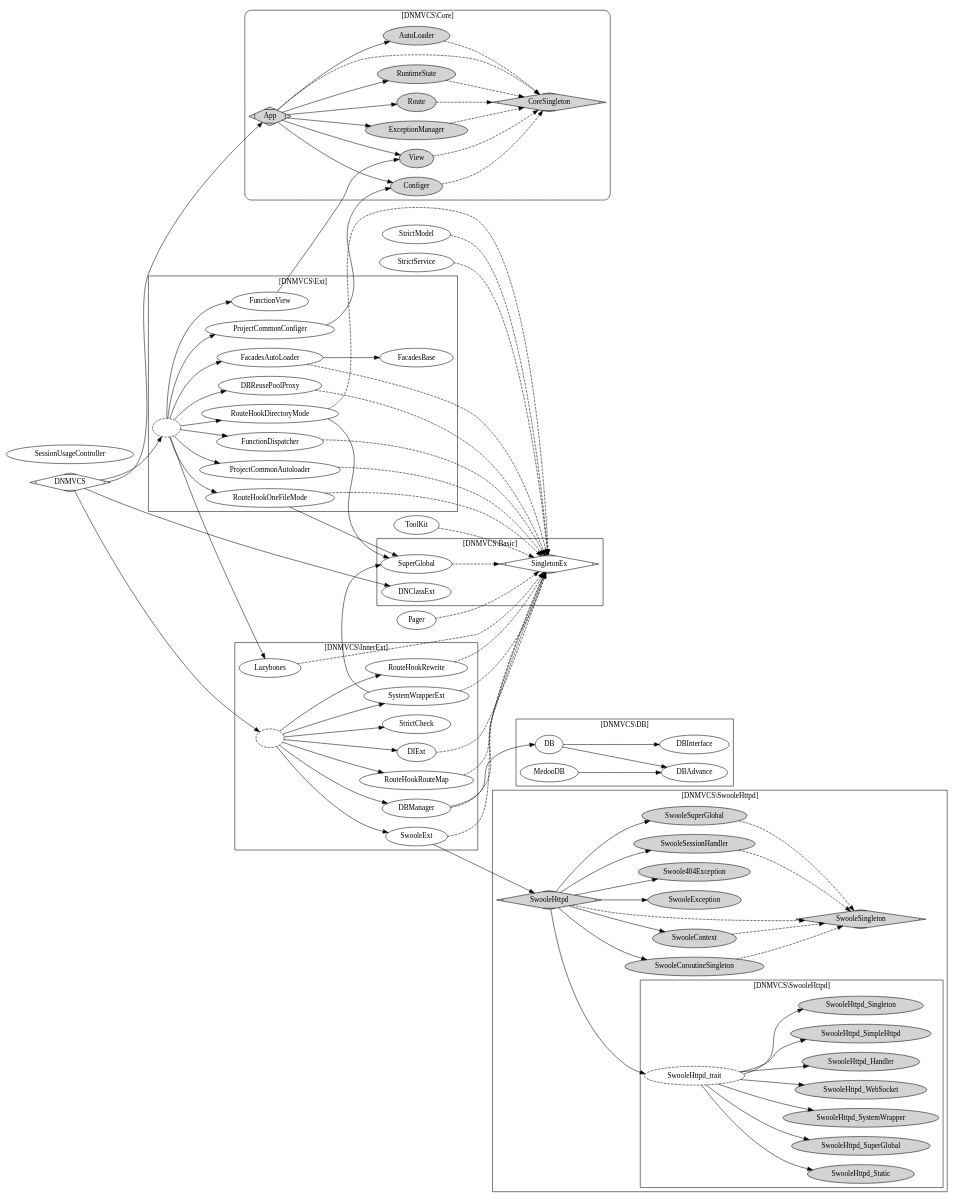
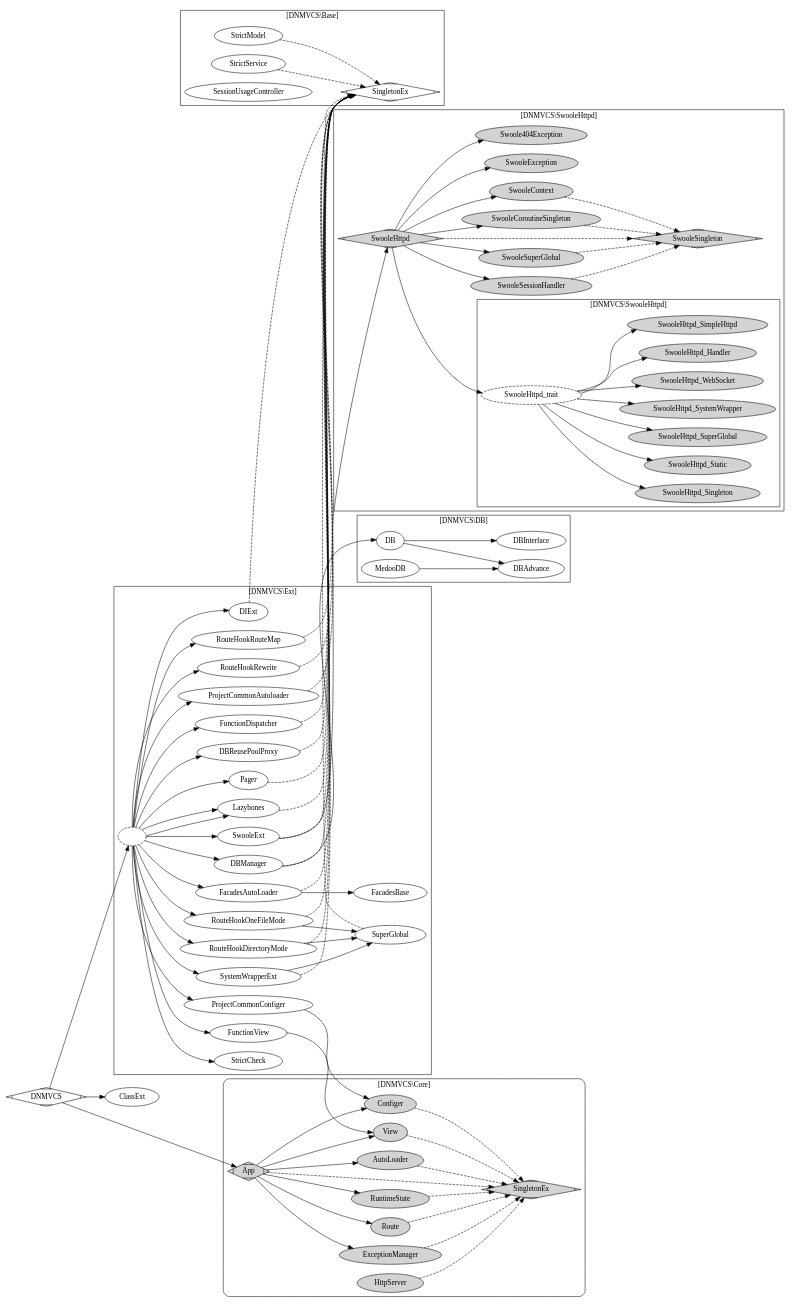
One commit to dvaknheo/duckphp changed the diagram in doc/dnmvcs.gv. Above: the diagram before and after it, drawn with Graphviz. The commit also changed 3 other files, not shown here.

```diff
--- a/doc/dnmvcs.gv
+++ b/doc/dnmvcs.gv
@@ -1,173 +1,175 @@
 digraph G{
 /* This is a graphviz file */
 graph [rankdir = "LR"];
-subgraph cluster_Basic {
-    label = "[DNMVCS\\Basic]";
-    SingletonEx [shape=Mdiamond];
-    SuperGlobal;
-    DNClassExt;
-    SuperGlobal -> SingletonEx[style="dashed"]; 
+
+
+
+SingletonEx;
+
+subgraph cluster_Base {
+    label = "[DNMVCS\\Base]";
+StrictModel -> SingletonEx [style="dashed"]; 
+StrictService -> SingletonEx [style="dashed"]; 
+SessionUsageController;
 }
 subgraph cluster_SwooleHttpd {
     node [style=filled];
     label = "[DNMVCS\\SwooleHttpd]";
 
 subgraph cluster_SwooleHttpd_trait {
 
 SwooleHttpd_trait [style="dashed"];
 SwooleHttpd_trait -> SwooleHttpd_SimpleHttpd;
 SwooleHttpd_trait -> SwooleHttpd_Singleton;
 SwooleHttpd_trait -> SwooleHttpd_Static;
 SwooleHttpd_trait -> SwooleHttpd_SuperGlobal;
 SwooleHttpd_trait -> SwooleHttpd_SystemWrapper;
 SwooleHttpd_trait -> SwooleHttpd_WebSocket;
 SwooleHttpd_trait -> SwooleHttpd_Handler;
 
 }
 SwooleHttpd -> SwooleHttpd_trait;
 
 SwooleHttpd -> SwooleCoroutineSingleton;
 SwooleHttpd -> SwooleContext;
 SwooleHttpd -> SwooleException;
 SwooleHttpd -> Swoole404Exception;
 
 SwooleHttpd -> SwooleSessionHandler;
 SwooleHttpd -> SwooleSuperGlobal;
 
 
 SwooleHttpd -> SwooleSingleton [style="dashed"];
 SwooleCoroutineSingleton -> SwooleSingleton [style="dashed"];
 SwooleContext -> SwooleSingleton [style="dashed"];
 SwooleSuperGlobal -> SwooleSingleton [style="dashed"];
 SwooleSessionHandler -> SwooleSingleton [style="dashed"];
 
 SwooleHttpd [label="SwooleHttpd";shape=Mdiamond];
 SwooleSingleton [label="SwooleSingleton";shape=Mdiamond];
 
 SwooleCoroutineSingleton [label="SwooleCoroutineSingleton"];
 SwooleException [label="SwooleException"];
 Swoole404Exception [label="Swoole404Exception"];
 SwooleContext [label="SwooleContext"];
 SwooleSuperGlobal [label="SwooleSuperGlobal"];
 SwooleSessionHandler [label="SwooleSessionHandler"];
 
 }
 subgraph cluster_Core {
     style = "rounded";
     label = "[DNMVCS\\Core]";
     node [style=filled];
     
     Core_App -> Core_AutoLoader ;
     Core_App -> Core_ExceptionManager;
     Core_App -> Core_View;
     Core_App -> Core_Configer;
     Core_App -> Core_Route;
     Core_App -> Core_RuntimeState;
     
-    Core_App -> Core_CoreSingleton [style="dashed"];
-    Core_AutoLoader -> Core_CoreSingleton [style="dashed"];
-    Core_ExceptionManager -> Core_CoreSingleton [style="dashed"];
-    Core_View -> Core_CoreSingleton [style="dashed"];
-    Core_Configer -> Core_CoreSingleton [style="dashed"];
-    Core_Route -> Core_CoreSingleton [style="dashed"];
-    Core_RuntimeState -> Core_CoreSingleton [style="dashed"];
+    Core_App -> Core_SingletonEx [style="dashed"];
+    Core_AutoLoader -> Core_SingletonEx [style="dashed"];
+    Core_ExceptionManager -> Core_SingletonEx [style="dashed"];
+    Core_View -> Core_SingletonEx [style="dashed"];
+    Core_Configer -> Core_SingletonEx [style="dashed"];
+    Core_Route -> Core_SingletonEx [style="dashed"];
+    Core_RuntimeState -> Core_SingletonEx [style="dashed"];
     
+    Core_HttpServer -> Core_SingletonEx [style="dashed"];
+
     Core_App [label="App";shape=Mdiamond];
-    Core_CoreSingleton [label="CoreSingleton";shape=Mdiamond];
+    Core_SingletonEx [label="SingletonEx";shape=Mdiamond];
     Core_AutoLoader [label="AutoLoader"];
     Core_ExceptionManager [label="ExceptionManager"];
     Core_View [label="View"];
     Core_Configer [label="Configer"];
     Core_Route [label="Route"];
     Core_RuntimeState [label="RuntimeState"];
+    Core_HttpServer [label="HttpServer"];
 }
 
 
 subgraph cluster_DB {
     label = "[DNMVCS\\DB]";
 
 DB_DB -> DB_DBAdvance;
 DB_DB -> DB_DBInterface;
 DB_MedooDB -> DB_DBAdvance;
 
 DB_DB [label="DB"];
 DB_DBAdvance [label="DBAdvance"];
 DB_DBInterface [label="DBInterface"];
 DB_MedooDB [label="MedooDB"];
 
 
 }
-subgraph cluster_InnerExt {
-    label = "[DNMVCS\\InnerExt]";
+subgraph cluster_Ext {
+label = "[DNMVCS\\Ext]";
 
-    InnerExt -> SwooleExt;
-    InnerExt -> RouteHookRewrite;
-    InnerExt -> RouteHookRouteMap;
-    InnerExt -> DIExt;
-    InnerExt -> StrictCheck;
+    Ext -> SwooleExt;
+    Ext -> RouteHookRewrite;
+    Ext -> RouteHookRouteMap;
+    Ext -> DIExt;
+    Ext -> StrictCheck;
     
-    InnerExt -> SystemWrapperExt -> SuperGlobal;
-    InnerExt -> DBManager -> DB_DB;
+    Ext -> SystemWrapperExt -> SuperGlobal;
+    Ext -> DBManager -> DB_DB;
     
-    
+    Ext -> Lazybones;
+    Ext -> Pager;
+
 
     SwooleExt-> SwooleHttpd;
     
     SwooleExt -> SingletonEx[style="dashed"]; 
     RouteHookRewrite -> SingletonEx[style="dashed"]; 
     RouteHookRouteMap -> SingletonEx [style="dashed"]; 
     SystemWrapperExt -> SingletonEx [style="dashed"]; 
     DBManager -> SingletonEx [style="dashed"]; 
     
     DIExt -> SingletonEx [style="dashed"]; 
     Lazybones -> SingletonEx [style="dashed"]; 
     
  
-    InnerExt [label="";style="dashed"];
 
-}
-subgraph cluster_Ext {
-label = "[DNMVCS\\Ext]";
 
-Ext -> Lazybones;
-Ext -> DBReusePoolProxy; 
-Ext -> FunctionDispatcher;
-Ext -> ProjectCommonAutoloader;
-Ext -> FacadesAutoLoader;
-Ext -> RouteHookDirectoryMode;
-Ext -> RouteHookOneFileMode;
-Ext -> ProjectCommonConfiger -> Core_Configer;
-Ext -> FunctionView  -> Core_View;
-FacadesAutoLoader ->FacadesBase ;
-RouteHookDirectoryMode -> SuperGlobal;
-RouteHookOneFileMode -> SuperGlobal;
+    Ext -> Lazybones;
+    Ext -> DBReusePoolProxy; 
+    Ext -> FunctionDispatcher;
+    Ext -> ProjectCommonAutoloader;
+    Ext -> FacadesAutoLoader;
+    Ext -> RouteHookDirectoryMode;
+    Ext -> RouteHookOneFileMode;
+    Ext -> ProjectCommonConfiger -> Core_Configer;
+    Ext -> FunctionView  -> Core_View;
+    FacadesAutoLoader ->FacadesBase ;
+    RouteHookDirectoryMode -> SuperGlobal;
+    RouteHookOneFileMode -> SuperGlobal;
 
-DBReusePoolProxy ->  SingletonEx [style="dashed"];  
-FunctionDispatcher -> SingletonEx [style="dashed"]; 
-ProjectCommonAutoloader -> SingletonEx [style="dashed"]; 
-FacadesAutoLoader -> SingletonEx [style="dashed"]; 
-RouteHookDirectoryMode -> SingletonEx [style="dashed"]; 
-RouteHookOneFileMode -> SingletonEx [style="dashed"]; 
-Ext [label="";style="dashed"];
+    DBReusePoolProxy ->  SingletonEx [style="dashed"];  
+    FunctionDispatcher -> SingletonEx [style="dashed"]; 
+    ProjectCommonAutoloader -> SingletonEx [style="dashed"]; 
+    FacadesAutoLoader -> SingletonEx [style="dashed"]; 
+    RouteHookDirectoryMode -> SingletonEx [style="dashed"]; 
+    RouteHookOneFileMode -> SingletonEx [style="dashed"];
+
+Pager -> SingletonEx [style="dashed"]; 
+
+    Ext [label="";style="dashed"];
 
 }
 
 
 
 DNMVCS -> Core_App;
-DNMVCS -> InnerExt;
 DNMVCS -> Ext;
-DNMVCS -> DNClassExt;
+DNMVCS -> ClassExt;
 
-DNMVCS [shape=Mdiamond];
-
-SingletonEx;
-Pager -> SingletonEx [style="dashed"]; 
-StrictModel -> SingletonEx [style="dashed"]; 
-StrictService -> SingletonEx [style="dashed"]; 
-ToolKit  -> SingletonEx [style="dashed"]; 
-SessionUsageController;
-
-
+    DNMVCS [shape=Mdiamond];
+    SingletonEx [shape=Mdiamond];
+    SuperGlobal;
+    
+    SuperGlobal -> SingletonEx[style="dashed"]; 
 
 }
```
